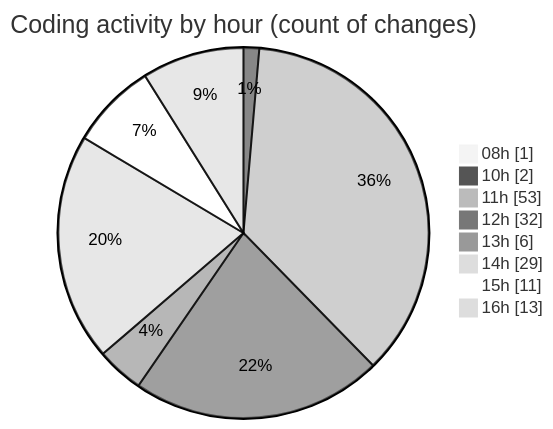
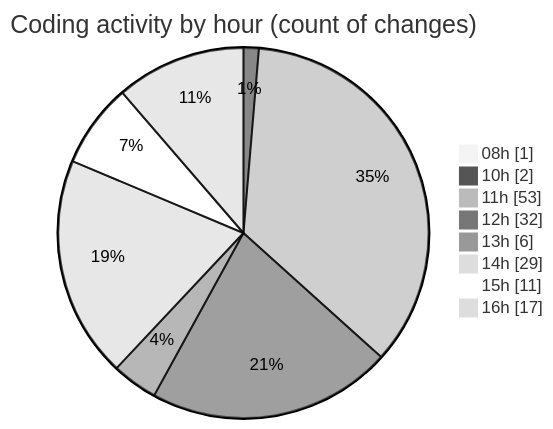
Before and after one commit to momahboobian/code-tracking: the second of 2 diagrams in 2025-07-03/cda/README.md, drawn with Mermaid (neutral theme). The commit also changed other lines of this file and 1 other file, not shown here.

````diff
--- a/2025-07-03/cda/README.md
+++ b/2025-07-03/cda/README.md
@@ -50,12 +50,12 @@
 ```mermaid
 pie showData
 title Coding activity by hour (count of changes)
 "08h" : 1
 "10h" : 2
 "11h" : 53
 "12h" : 32
 "13h" : 6
 "14h" : 29
 "15h" : 11
-"16h" : 13
+"16h" : 17
 ```
````
